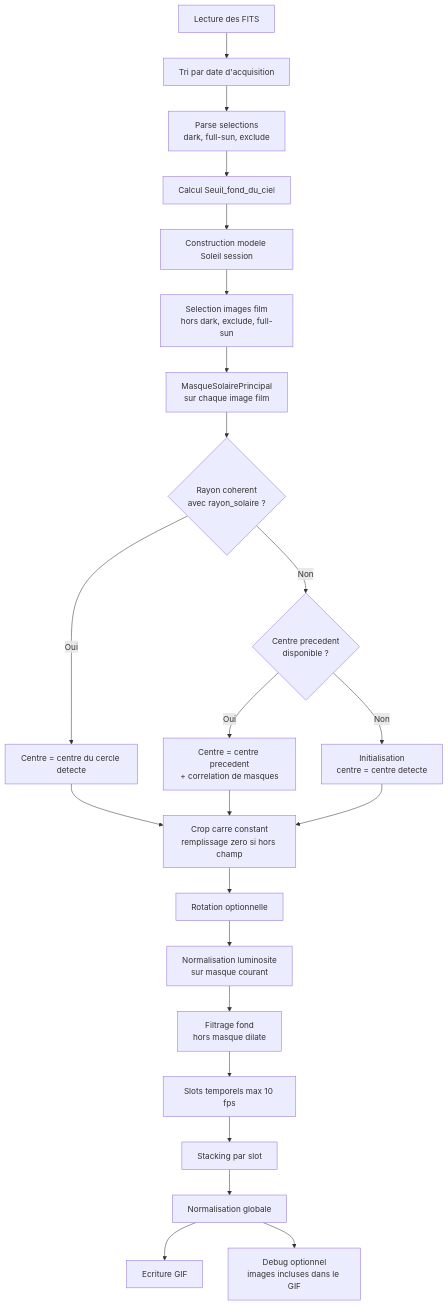
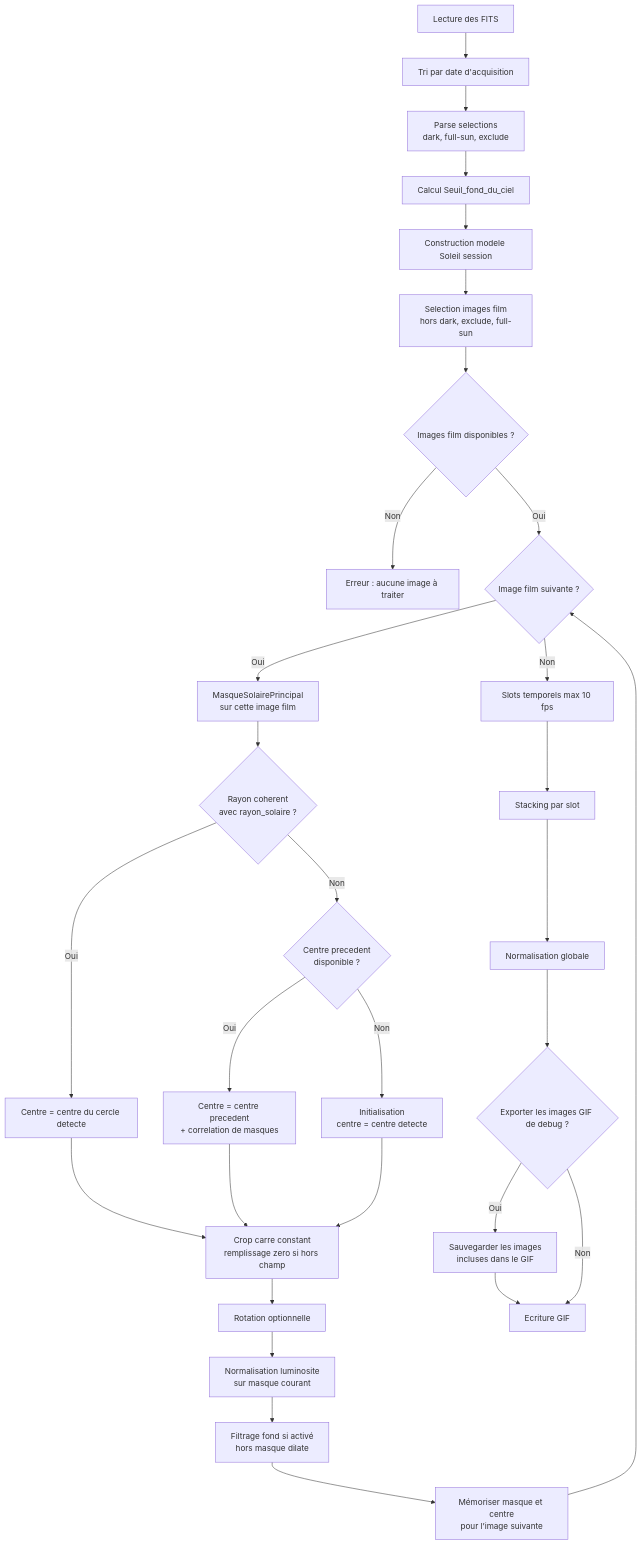
Before and after one commit to dgedgedge/SirilProcessing: the diagram in docs/scripts/solarEclipseGif/GUIDE.md, drawn with Mermaid. The commit also changed other lines of this file and 13 other files, not shown here.

First line of the commit message:
Improve A4 documentation exports and verify diagram workflows

````diff
--- a/docs/scripts/solarEclipseGif/GUIDE.md
+++ b/docs/scripts/solarEclipseGif/GUIDE.md
@@ -441,25 +441,32 @@
 ```mermaid
 flowchart TD
     A["Lecture des FITS"] --> B["Tri par date d'acquisition"]
     B --> C["Parse selections<br/>dark, full-sun, exclude"]
     C --> D["Calcul Seuil_fond_du_ciel"]
     D --> E["Construction modele Soleil session"]
     E --> F["Selection images film<br/>hors dark, exclude, full-sun"]
-    F --> G["MasqueSolairePrincipal<br/>sur chaque image film"]
+    F --> AVAILABLE{"Images film disponibles ?"}
+    AVAILABLE -->|Non| FAILURE["Erreur : aucune image à traiter"]
+    AVAILABLE -->|Oui| NEXT{"Image film suivante ?"}
+    NEXT -->|Oui| G["MasqueSolairePrincipal<br/>sur cette image film"]
     G --> H{"Rayon coherent<br/>avec rayon_solaire ?"}
     H -->|Oui| I["Centre = centre du cercle detecte"]
     H -->|Non| J{"Centre precedent<br/>disponible ?"}
     J -->|Oui| K["Centre = centre precedent<br/>+ correlation de masques"]
     J -->|Non| R["Initialisation<br/>centre = centre detecte"]
     I --> L["Crop carre constant<br/>remplissage zero si hors champ"]
     K --> L
     R --> L
     L --> M["Rotation optionnelle"]
     M --> T["Normalisation luminosite<br/>sur masque courant"]
-    T --> U["Filtrage fond<br/>hors masque dilate"]
-    U --> N["Slots temporels max 10 fps"]
+    T --> U["Filtrage fond si activé<br/>hors masque dilate"]
+    U --> PREVIOUS["Mémoriser masque et centre<br/>pour l’image suivante"]
+    PREVIOUS --> NEXT
+    NEXT -->|Non| N["Slots temporels max 10 fps"]
     N --> O["Stacking par slot"]
     O --> P["Normalisation globale"]
-    P --> Q["Ecriture GIF"]
-    P --> S["Debug optionnel<br/>images incluses dans le GIF"]
+    P --> DEBUG{"Exporter les images GIF de debug ?"}
+    DEBUG -->|Oui| S["Sauvegarder les images<br/>incluses dans le GIF"]
+    S --> Q["Ecriture GIF"]
+    DEBUG -->|Non| Q
 ```
````
